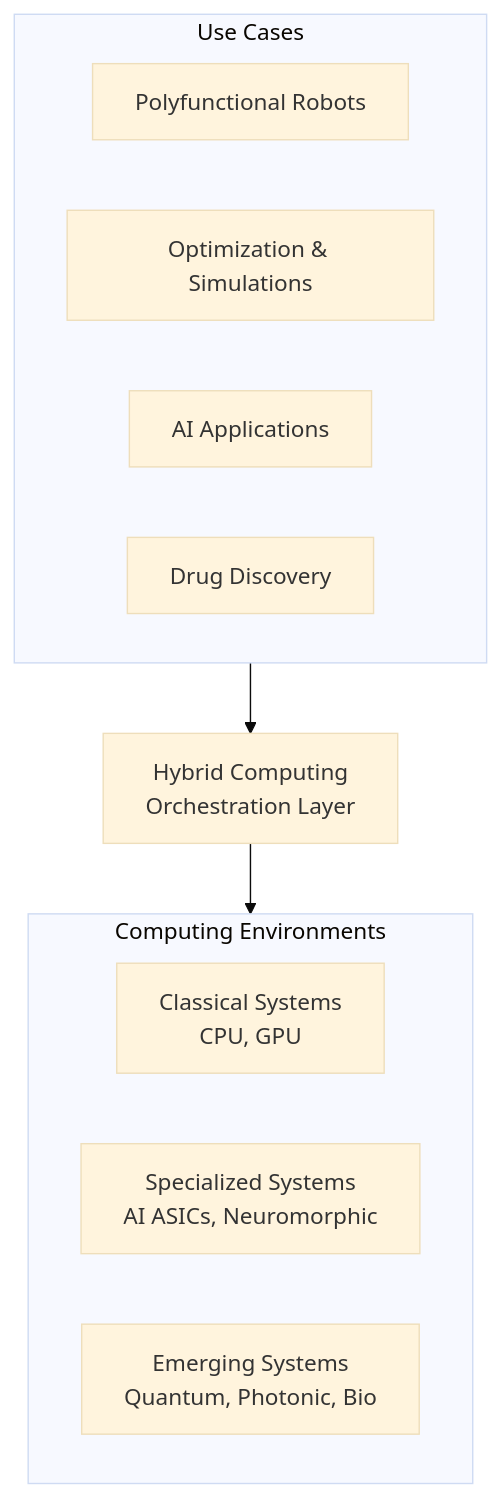
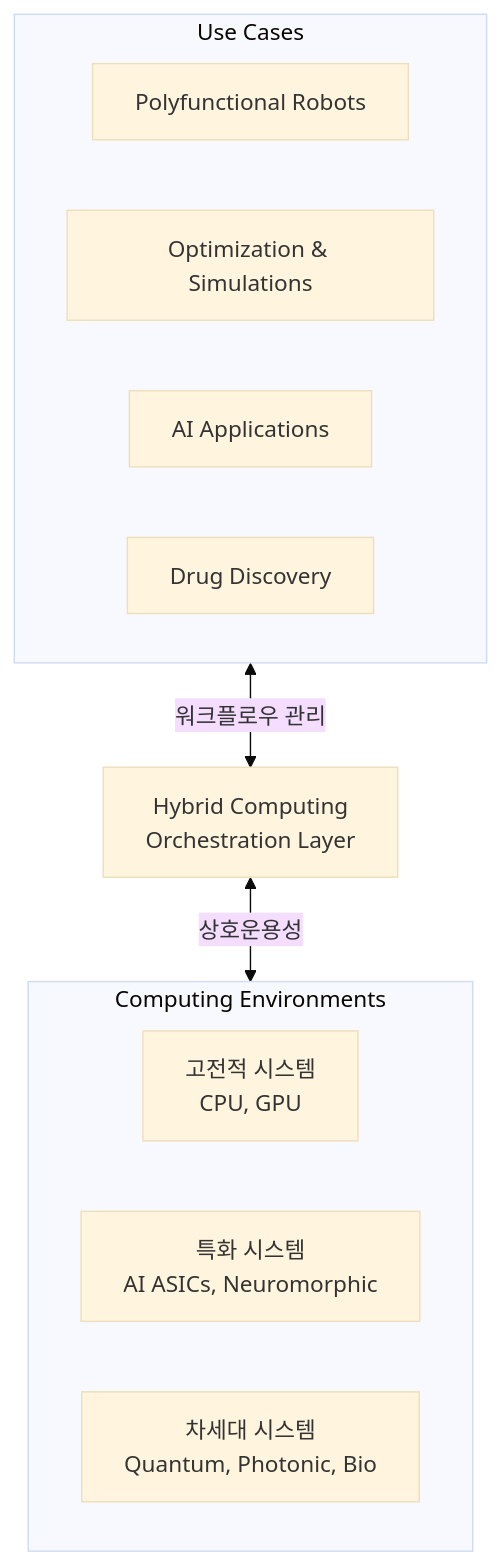
The diagram in blog/pe/conv/hybrid-computing.md (gracefullight/gracefullight.github.io), drawn with Mermaid (base theme) before and after one commit. The commit also changed other lines of this file and 17 other files, not shown here.

````diff
--- a/blog/pe/conv/hybrid-computing.md
+++ b/blog/pe/conv/hybrid-computing.md
@@ -20,17 +20,17 @@
 ```mermaid
 graph TD
     subgraph UseCases["Use Cases"]
       PolyfunctionalRobots[Polyfunctional Robots]
       Optimization_Simulations[Optimization & Simulations]
       AIApp[AI Applications]
       DrugDiscovery[Drug Discovery]
     end
 
-    UseCases --> Hybrid["Hybrid Computing<br/>Orchestration Layer"] --> ComputingEnv
+    UseCases <-->|워크플로우 관리| Hybrid["Hybrid Computing<br/>Orchestration Layer"] <--> |상호운용성| ComputingEnv
 
     subgraph ComputingEnv["Computing Environments"]
-      ClassicalSystems["Classical Systems<br/>CPU, GPU"]
-      SpecializedSystems["Specialized Systems<br/>AI ASICs, Neuromorphic"]
-      EmergingSystems["Emerging Systems<br/>Quantum, Photonic, Bio"]
+      ClassicalSystems["고전적 시스템<br/>CPU, GPU"]
+      SpecializedSystems["특화 시스템<br/>AI ASICs, Neuromorphic"]
+      EmergingSystems["차세대 시스템<br/>Quantum, Photonic, Bio"]
     end
 ```
````
